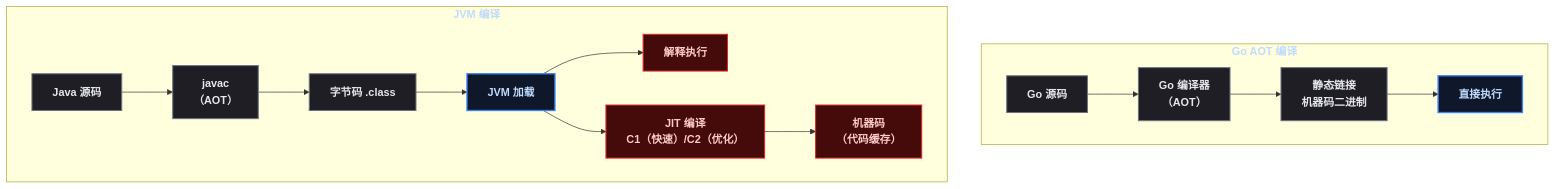
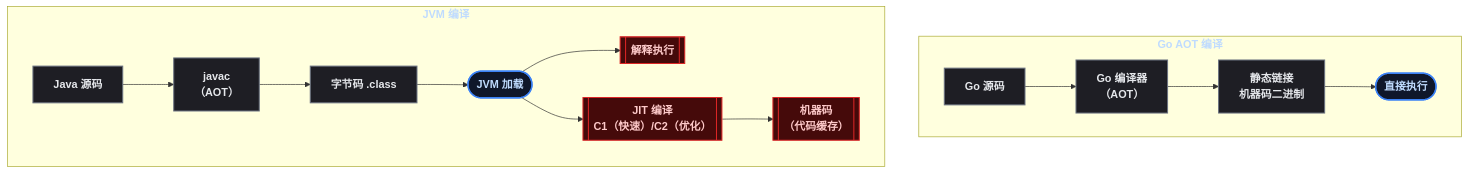
One commit to yaocat55/yaocat55.github.io changed the seventh of 8 diagrams in content/posts/go/GoRuntimeJVM.md. Above: the diagram before and after it, drawn with Mermaid. The commit also changed other lines of this file and 14 other files, not shown here.

````diff
--- a/content/posts/go/GoRuntimeJVM.md
+++ b/content/posts/go/GoRuntimeJVM.md
@@ -354,26 +354,26 @@
 ```mermaid
 flowchart TD
     subgraph GoComp["Go AOT 编译"]
         GoSrc["Go 源码"] --> GoAOT["Go 编译器\n（AOT）"]
         GoAOT --> GoBin["静态链接\n机器码二进制"]
-        GoBin --> GoRun["直接执行"]
+        GoBin --> GoRun(["直接执行"])
     end
 
     subgraph JVMComp["JVM 编译"]
         JavaSrc["Java 源码"] --> Javac["javac\n（AOT）"]
         Javac --> Bytecode["字节码 .class"]
-        Bytecode --> JVM["JVM 加载"]
-        JVM --> Interp["解释执行"]
-        JVM --> JIT["JIT 编译\nC1（快速）/C2（优化）"]
-        JIT --> Native["机器码\n（代码缓存）"]
+        Bytecode --> JVM(["JVM 加载"])
+        JVM --> Interp[["解释执行"]]
+        JVM --> JIT[["JIT 编译\nC1（快速）/C2（优化）"]]
+        JIT --> Native[["机器码\n（代码缓存）"]]
     end
 
 classDef root fill:#0f172a,stroke:#3b82f6,stroke-width:2px,color:#bfdbfe,font-weight:bold;
 classDef process fill:#1e1e24,stroke:#6b7280,stroke-width:1.5px,color:#e5e7eb;
 classDef highlight fill:#450a0a,stroke:#dc2626,stroke-width:1.5px,color:#fecaca,font-weight:bold;
 
     class GoSrc,GoBin,JavaSrc,Bytecode process
     class GoAOT,Javac process
     class Interp,JIT,Native highlight
     class GoRun,JVM root
 ```
````
